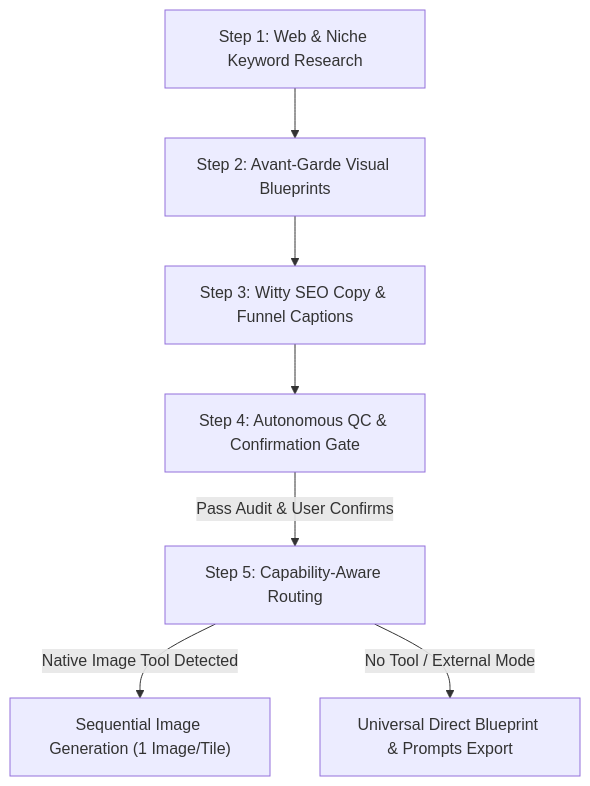
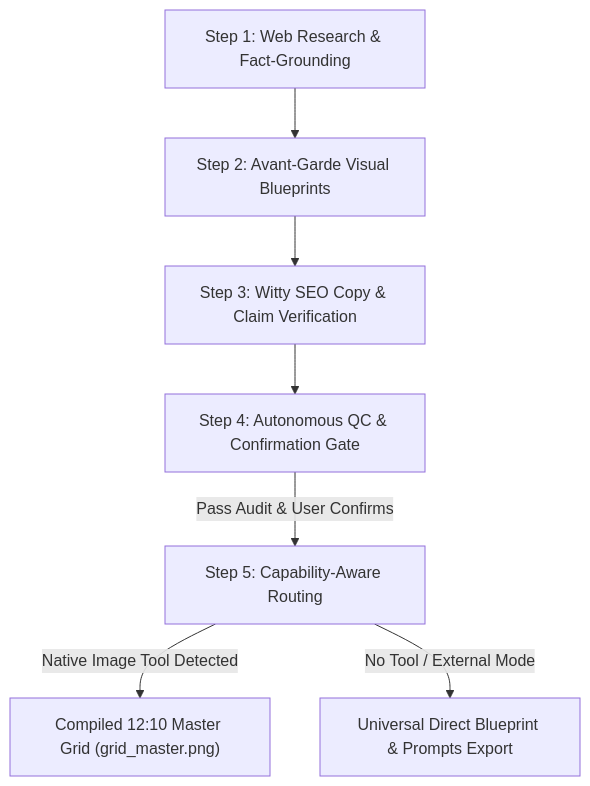
One commit to fryawhd-ctrl/ig-grid-brainstorm changed the diagram in README.md. Above: the diagram before and after it, drawn with Mermaid. The commit also changed other lines of this file and 7 other files, not shown here.

Commit message:
Default to compiled 12:10 master grid and enforce universal fact-grounding gate

````diff
--- a/README.md
+++ b/README.md
@@ -63,9 +70,9 @@
 ```mermaid
 flowchart TD
-    S1["Step 1: Web & Niche Keyword Research"] --> S2["Step 2: Avant-Garde Visual Blueprints"]
-    S2 --> S3["Step 3: Witty SEO Copy & Funnel Captions"]
+    S1["Step 1: Web Research & Fact-Grounding"] --> S2["Step 2: Avant-Garde Visual Blueprints"]
+    S2 --> S3["Step 3: Witty SEO Copy & Claim Verification"]
     S3 --> S4["Step 4: Autonomous QC & Confirmation Gate"]
     S4 -->|Pass Audit & User Confirms| S5["Step 5: Capability-Aware Routing"]
-    S5 -->|Native Image Tool Detected| G1["Sequential Image Generation (1 Image/Tile)"]
+    S5 -->|Native Image Tool Detected| G1["Compiled 12:10 Master Grid (grid_master.png)"]
     S5 -->|No Tool / External Mode| G2["Universal Direct Blueprint & Prompts Export"]
 ```
````
